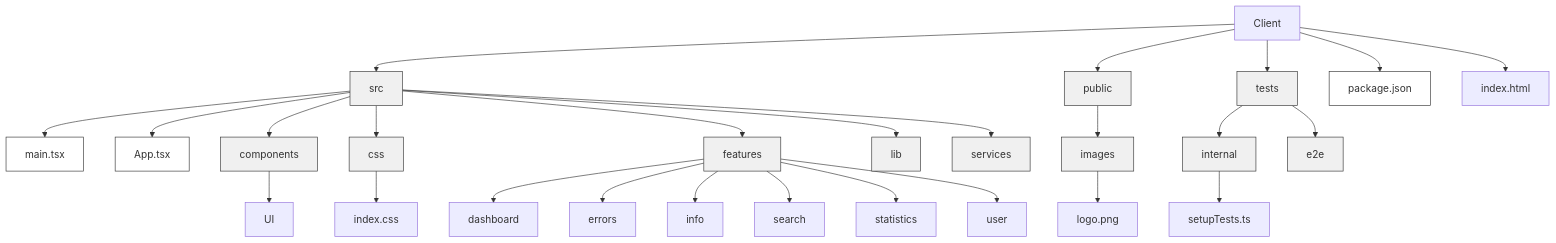
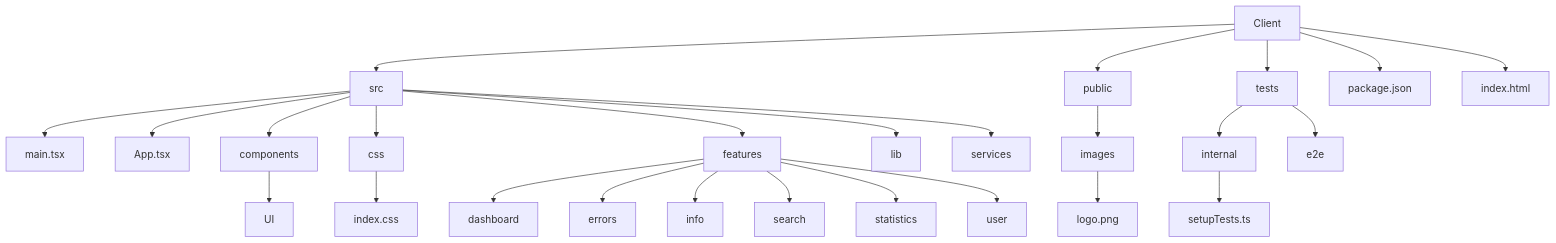
One commit to uh-dcm/news-article-collection-container changed the diagram in client/README.md. Above: the diagram before and after it, drawn with Mermaid. The commit also changed 6 other files, not shown here.

````diff
--- a/client/README.md
+++ b/client/README.md
@@ -3,41 +3,36 @@
 ```mermaid
 graph TB
     Client[Client]
     Client --> SRC[src]
     Client --> Public[public]
     Client --> Tests[tests]
     Client --> PackageJson[package.json]
     Client --> IndexHtml[index.html]
 
     Public --> Images[images]
     Images --> Logo[logo.png]
 
     SRC --> MainTSX[main.tsx]
     SRC --> AppTSX[App.tsx]
     SRC --> Components[components]
     SRC --> CSS[css]
     SRC --> Features[features]
     SRC --> Lib[lib]
     SRC --> Services[services]
 
     CSS --> IndexCSS[index.css]
 
     Components --> UI[UI]
 
     Features --> Dashboard[dashboard]
     Features --> Errors[errors]
     Features --> Info[info]
     Features --> Search[search]
     Features --> Statistics[statistics]
     Features --> User[user]
 
     Tests --> Internal[internal]
     Tests --> E2E[e2e]
 
     Internal --> SetupTests[setupTests.ts]
-
-    classDef folder fill:#f0f0f0,stroke:#333,stroke-width:1px;
-    classDef file fill:#fff,stroke:#333,stroke-width:1px;
-    class SRC,Public,Tests,Components,CSS,Features,Lib,Services,Internal,E2E,Images folder;
-    class MainTSX,AppTSX,ConfigTSX,ViteEnv,PackageJson file;
 ```
````
